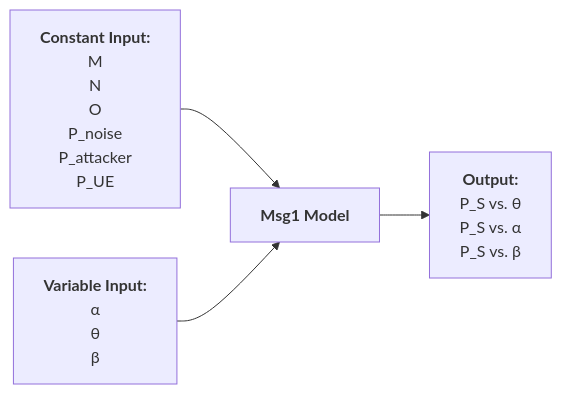
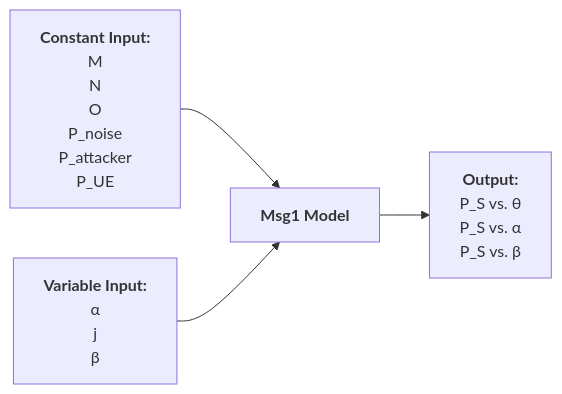
One commit to bmw-ece-ntust/wilfrid-prach-attack-analysis changed the third of 4 diagrams in docs/20250307 Thesis (PRACH Attack Problem Definition).md. Above: the diagram before and after it, drawn with Mermaid. The commit also changed other lines of this file, not shown here.

Commit message:
Update 20250307 Thesis (PRACH Attack Problem Definition).md

````diff
--- a/docs/20250307 Thesis (PRACH Attack Problem Definition).md
+++ b/docs/20250307 Thesis (PRACH Attack Problem Definition).md
@@ -217,22 +217,22 @@
 ```mermaid
 flowchart LR
     inputC["`**Constant Input:**
     M
     N
     O
     P_noise
     P_attacker
     P_UE`"]
     inputV["`**Variable Input:**
     α
-    θ
+    j
     β`"]
     process["`**Msg1 Model**`"]
     output["`**Output:**
     P_S vs. θ
     P_S vs. α
     P_S vs. β`"]
     inputC --> process
     inputV --> process
     process --> output
 ```
````
